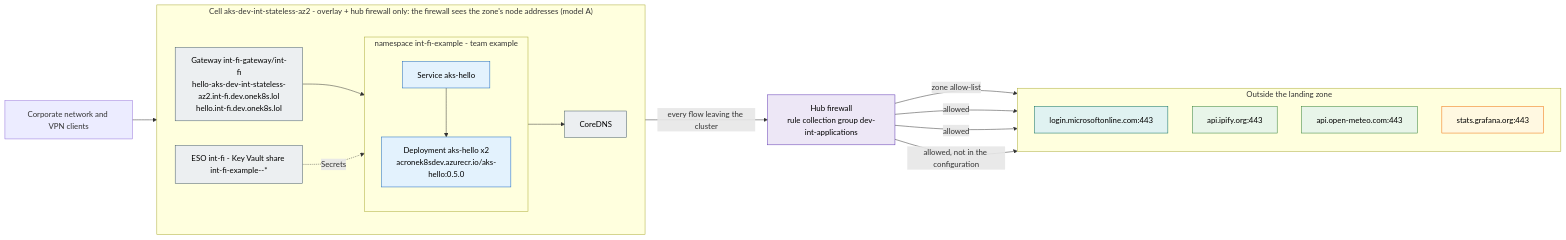
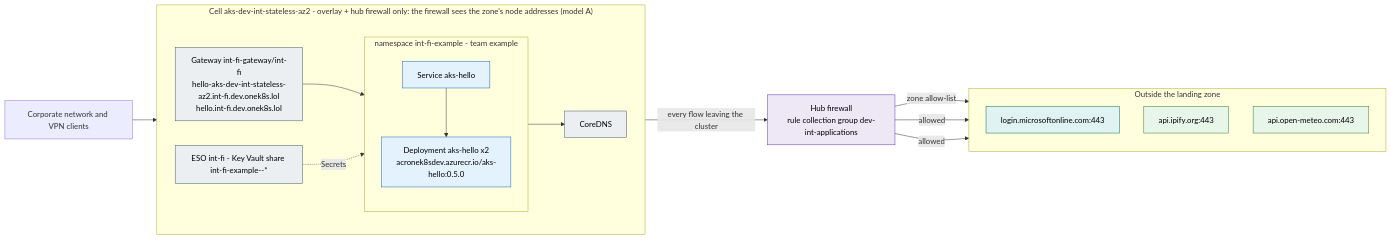
The diagram in docs/traffic-flows/dev-int/int-fi-example.md (olljanat-ai/azure-landing-zone), drawn with Mermaid before and after one commit. The commit also changed other lines of this file and 7 other files, not shown here.

First line of the commit message:
stats.grafana.org is a platform flow: into the exposure's observability rule, out of the application files (the user, 2026-10-17) (#81)

````diff
--- a/docs/traffic-flows/dev-int/int-fi-example.md
+++ b/docs/traffic-flows/dev-int/int-fi-example.md
@@ -15,47 +15,44 @@
 ```mermaid
 flowchart LR
     client["Corporate network and VPN clients"]
     subgraph CELL["Cell aks-dev-int-stateless-az2 - overlay + hub firewall only: the firewall sees the zone's node addresses (model A)"]
         direction LR
         gw["Gateway int-fi-gateway/int-fi<br/>hello-aks-dev-int-stateless-az2.int-fi.dev.onek8s.lol<br/>hello.int-fi.dev.onek8s.lol"]
         subgraph NS["namespace int-fi-example - team example"]
             direction TB
             svc_aks_hello["Service aks-hello"]
             wl_aks_hello["Deployment aks-hello x2<br/>acronek8sdev.azurecr.io/aks-hello:0.5.0"]
         end
         dns["CoreDNS"]
         eso["ESO int-fi - Key Vault share int-fi-example--*"]
     end
     fw["Hub firewall<br/>rule collection group dev-int-applications"]
     subgraph OUT["Outside the landing zone"]
         direction TB
         d_login_microsoftonline_com["login.microsoftonline.com:443"]
         d_api_ipify_org["api.ipify.org:443"]
         d_api_open_meteo_com["api.open-meteo.com:443"]
-        d_stats_grafana_org["stats.grafana.org:443"]
     end
     client --> gw
     gw --> svc_aks_hello
     svc_aks_hello --> wl_aks_hello
     wl_aks_hello --> dns
     eso -.->|"Secrets"| wl_aks_hello
     wl_aks_hello -->|"every flow leaving the cluster"| fw
     fw -->|"zone allow-list"| d_login_microsoftonline_com
     fw -->|"allowed"| d_api_ipify_org
     fw -->|"allowed"| d_api_open_meteo_com
-    fw -->|"allowed, not in the configuration"| d_stats_grafana_org
     classDef ns fill:#e3f2fd,stroke:#1565c0,color:#000
     classDef platform fill:#eceff1,stroke:#455a64,color:#000
     classDef fw fill:#ede7f6,stroke:#5e35b1,color:#000
     classDef allowed fill:#e8f5e9,stroke:#2e7d32,color:#000
     classDef unexplained fill:#fff8e1,stroke:#ef6c00,color:#000
     classDef missing fill:#ffebee,stroke:#c62828,color:#000,stroke-dasharray: 5 5
     classDef proposed fill:#f3e5f5,stroke:#7b1fa2,color:#000,stroke-dasharray: 5 5
     classDef zone fill:#e0f2f1,stroke:#00695c,color:#000
     class gw,dns,eso platform
     class fw fw
     class svc_aks_hello,wl_aks_hello ns
     class d_api_ipify_org,d_api_open_meteo_com allowed
-    class d_stats_grafana_org unexplained
     class d_login_microsoftonline_com zone
 ```
````
